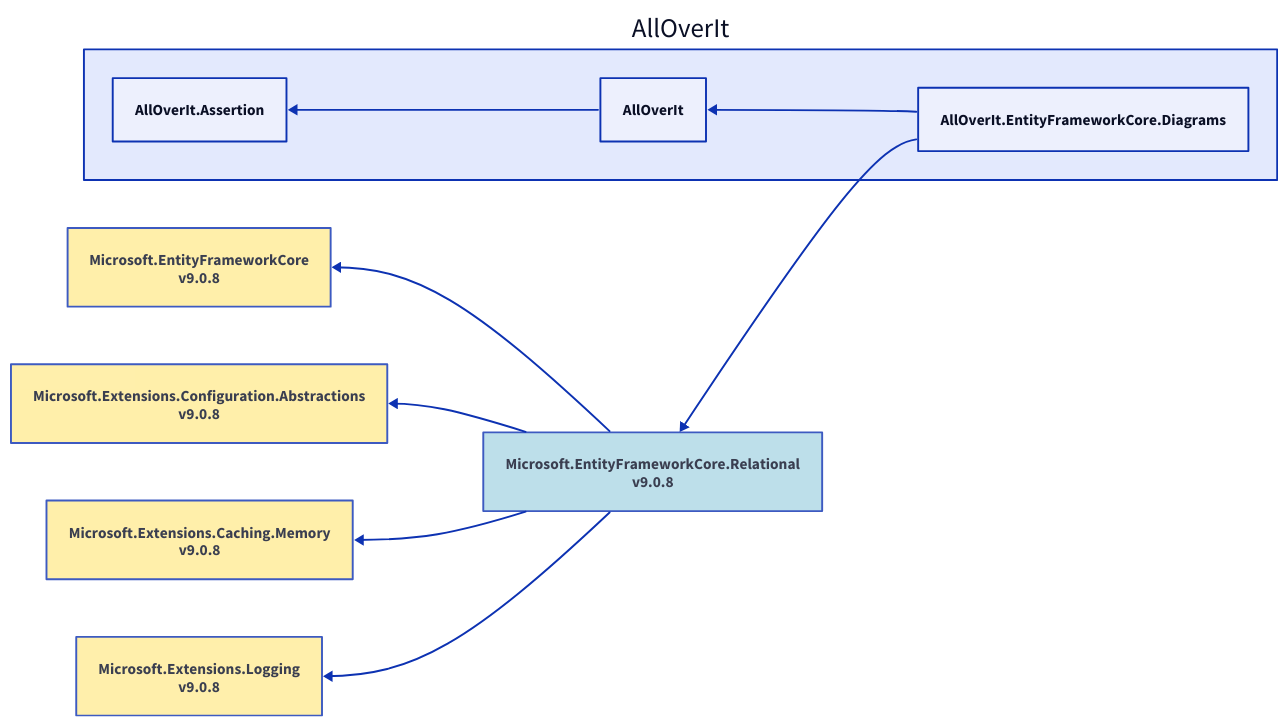
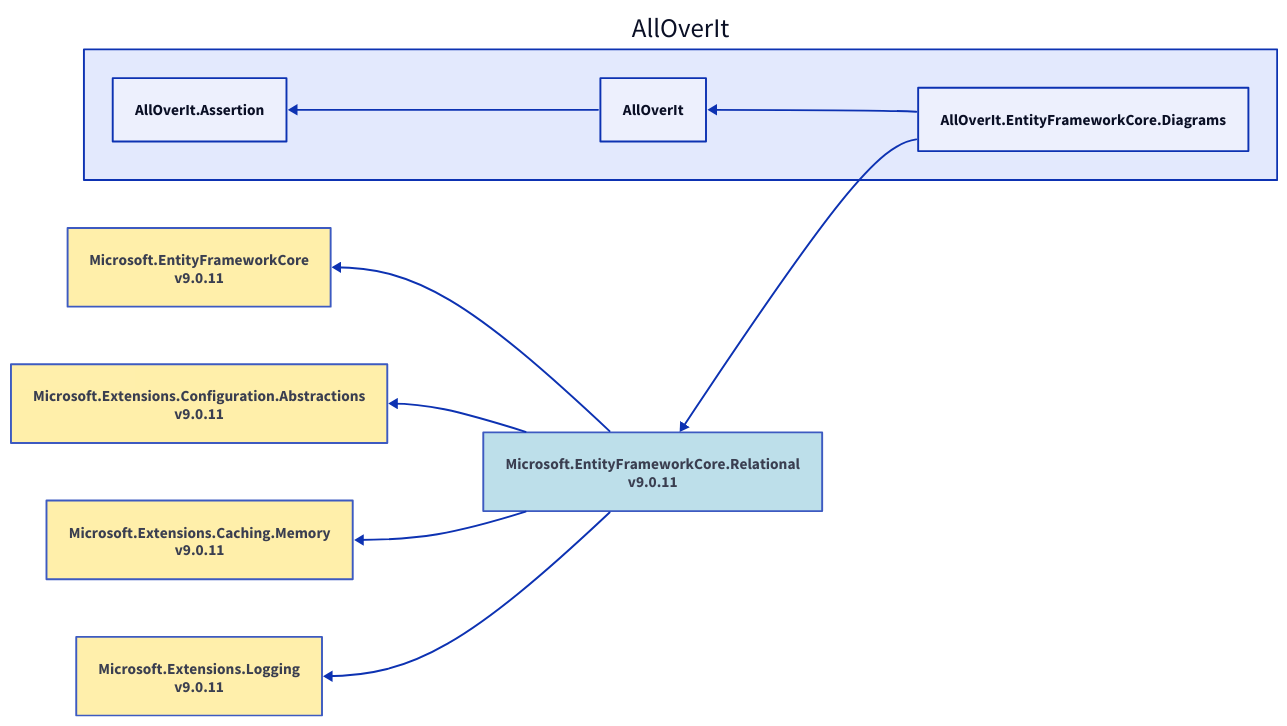
Before and after one commit to mjfreelancing/AllOverIt: the diagram in Docs/Reference/Content/images/dependencies/net8.0/alloverit-entityframeworkcore-diagrams.d2, drawn with D2. The commit also changed 300 other files, not shown here.

```diff
--- a/Docs/Reference/Content/images/dependencies/net8.0/alloverit-entityframeworkcore-diagrams.d2
+++ b/Docs/Reference/Content/images/dependencies/net8.0/alloverit-entityframeworkcore-diagrams.d2
@@ -1,28 +1,28 @@
 direction: left
 
 aoi: AllOverIt
 aoi.alloverit-entityframeworkcore-diagrams: AllOverIt.EntityFrameworkCore.Diagrams
-microsoft-entityframeworkcore-relational_9-0-8: Microsoft.EntityFrameworkCore.Relational\nv9.0.8
-microsoft-entityframeworkcore-relational_9-0-8.style.fill: "#ADD8E6"
-microsoft-entityframeworkcore-relational_9-0-8.style.opacity: 0.8
-microsoft-entityframeworkcore_9-0-8: Microsoft.EntityFrameworkCore\nv9.0.8
-microsoft-entityframeworkcore_9-0-8.style.fill: "#FFEC96"
-microsoft-entityframeworkcore_9-0-8.style.opacity: 0.8
-microsoft-entityframeworkcore_9-0-8 <- microsoft-entityframeworkcore-relational_9-0-8
-microsoft-extensions-configuration-abstractions_9-0-8: Microsoft.Extensions.Configuration.Abstractions\nv9.0.8
-microsoft-extensions-configuration-abstractions_9-0-8.style.fill: "#FFEC96"
-microsoft-extensions-configuration-abstractions_9-0-8.style.opacity: 0.8
-microsoft-extensions-configuration-abstractions_9-0-8 <- microsoft-entityframeworkcore-relational_9-0-8
-microsoft-extensions-caching-memory_9-0-8: Microsoft.Extensions.Caching.Memory\nv9.0.8
-microsoft-extensions-caching-memory_9-0-8.style.fill: "#FFEC96"
-microsoft-extensions-caching-memory_9-0-8.style.opacity: 0.8
-microsoft-extensions-caching-memory_9-0-8 <- microsoft-entityframeworkcore-relational_9-0-8
-microsoft-extensions-logging_9-0-8: Microsoft.Extensions.Logging\nv9.0.8
-microsoft-extensions-logging_9-0-8.style.fill: "#FFEC96"
-microsoft-extensions-logging_9-0-8.style.opacity: 0.8
-microsoft-extensions-logging_9-0-8 <- microsoft-entityframeworkcore-relational_9-0-8
-microsoft-entityframeworkcore-relational_9-0-8 <- aoi.alloverit-entityframeworkcore-diagrams
+microsoft-entityframeworkcore-relational_9-0-11: Microsoft.EntityFrameworkCore.Relational\nv9.0.11
+microsoft-entityframeworkcore-relational_9-0-11.style.fill: "#ADD8E6"
+microsoft-entityframeworkcore-relational_9-0-11.style.opacity: 0.8
+microsoft-entityframeworkcore_9-0-11: Microsoft.EntityFrameworkCore\nv9.0.11
+microsoft-entityframeworkcore_9-0-11.style.fill: "#FFEC96"
+microsoft-entityframeworkcore_9-0-11.style.opacity: 0.8
+microsoft-entityframeworkcore_9-0-11 <- microsoft-entityframeworkcore-relational_9-0-11
+microsoft-extensions-configuration-abstractions_9-0-11: Microsoft.Extensions.Configuration.Abstractions\nv9.0.11
+microsoft-extensions-configuration-abstractions_9-0-11.style.fill: "#FFEC96"
+microsoft-extensions-configuration-abstractions_9-0-11.style.opacity: 0.8
+microsoft-extensions-configuration-abstractions_9-0-11 <- microsoft-entityframeworkcore-relational_9-0-11
+microsoft-extensions-caching-memory_9-0-11: Microsoft.Extensions.Caching.Memory\nv9.0.11
+microsoft-extensions-caching-memory_9-0-11.style.fill: "#FFEC96"
+microsoft-extensions-caching-memory_9-0-11.style.opacity: 0.8
+microsoft-extensions-caching-memory_9-0-11 <- microsoft-entityframeworkcore-relational_9-0-11
+microsoft-extensions-logging_9-0-11: Microsoft.Extensions.Logging\nv9.0.11
+microsoft-extensions-logging_9-0-11.style.fill: "#FFEC96"
+microsoft-extensions-logging_9-0-11.style.opacity: 0.8
+microsoft-extensions-logging_9-0-11 <- microsoft-entityframeworkcore-relational_9-0-11
+microsoft-entityframeworkcore-relational_9-0-11 <- aoi.alloverit-entityframeworkcore-diagrams
 aoi.alloverit: AllOverIt
 aoi.alloverit-assertion: AllOverIt.Assertion
 aoi.alloverit-assertion <- aoi.alloverit
 aoi.alloverit <- aoi.alloverit-entityframeworkcore-diagrams
```
